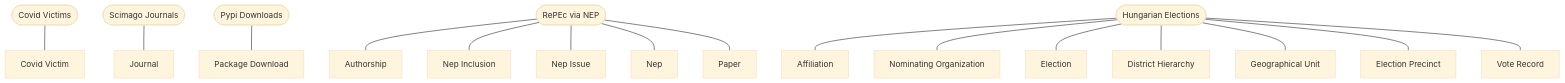
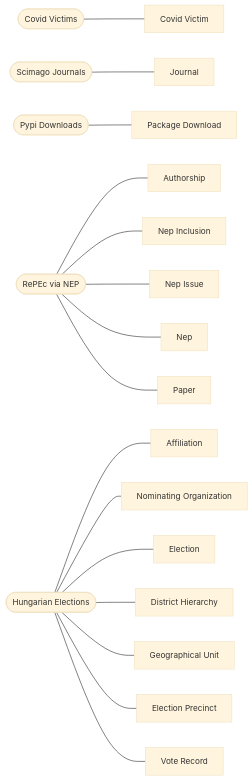
One commit to sscu-budapest/explorer changed the diagram in _sources/mermaid.md. Above: the diagram before and after it, drawn with Mermaid (base theme). The commit also changed 19 other files, not shown here.

````diff
--- a/_sources/mermaid.md
+++ b/_sources/mermaid.md
@@ -1,50 +1,50 @@
 ```{mermaid}
 
-    flowchart TD
+    flowchart LR
         
         covid_victims([Covid Victims]) --- covid_victims_covid_victim[Covid Victim]
         click covid_victims_covid_victim href "https://s3.eu-de.cloud-object-storage.appdomain.cloud/sscub-public-explorer/covid_victims/covid_victim-profile.html" "Profile"
         
         scimago_journals([Scimago Journals]) --- scimago_journals_journal[Journal]
         click scimago_journals_journal href "https://s3.eu-de.cloud-object-storage.appdomain.cloud/sscub-public-explorer/scimago_journals/journal-profile.html" "Profile"
         
         pypi_downloads([Pypi Downloads]) --- pypi_downloads_package_download[Package Download]
         click pypi_downloads_package_download href "https://s3.eu-de.cloud-object-storage.appdomain.cloud/sscub-public-explorer/pypi_downloads/package_download-profile.html" "Profile"
         
         repec_via_nep([RePEc via NEP]) --- repec_via_nep_authorship[Authorship]
         click repec_via_nep_authorship href "https://s3.eu-de.cloud-object-storage.appdomain.cloud/sscub-public-explorer/repec_via_nep/authorship-profile.html" "Profile"
         
         repec_via_nep([RePEc via NEP]) --- repec_via_nep_nep_inclusion[Nep Inclusion]
         click repec_via_nep_nep_inclusion href "https://s3.eu-de.cloud-object-storage.appdomain.cloud/sscub-public-explorer/repec_via_nep/nep_inclusion-profile.html" "Profile"
         
         repec_via_nep([RePEc via NEP]) --- repec_via_nep_nep_issue[Nep Issue]
         click repec_via_nep_nep_issue href "https://s3.eu-de.cloud-object-storage.appdomain.cloud/sscub-public-explorer/repec_via_nep/nep_issue-profile.html" "Profile"
         
         repec_via_nep([RePEc via NEP]) --- repec_via_nep_nep[Nep]
         click repec_via_nep_nep href "https://s3.eu-de.cloud-object-storage.appdomain.cloud/sscub-public-explorer/repec_via_nep/nep-profile.html" "Profile"
         
         repec_via_nep([RePEc via NEP]) --- repec_via_nep_paper[Paper]
         click repec_via_nep_paper href "https://s3.eu-de.cloud-object-storage.appdomain.cloud/sscub-public-explorer/repec_via_nep/paper-profile.html" "Profile"
         
         hungarian_elections([Hungarian Elections]) --- hungarian_elections_affiliation[Affiliation]
         click hungarian_elections_affiliation href "https://s3.eu-de.cloud-object-storage.appdomain.cloud/sscub-public-explorer/hungarian_elections/affiliation-profile.html" "Profile"
         
         hungarian_elections([Hungarian Elections]) --- hungarian_elections_nominating_organization[Nominating Organization]
         click hungarian_elections_nominating_organization href "https://s3.eu-de.cloud-object-storage.appdomain.cloud/sscub-public-explorer/hungarian_elections/nominating_organization-profile.html" "Profile"
         
         hungarian_elections([Hungarian Elections]) --- hungarian_elections_election[Election]
         click hungarian_elections_election href "https://s3.eu-de.cloud-object-storage.appdomain.cloud/sscub-public-explorer/hungarian_elections/election-profile.html" "Profile"
         
         hungarian_elections([Hungarian Elections]) --- hungarian_elections_district_hierarchy[District Hierarchy]
         click hungarian_elections_district_hierarchy href "https://s3.eu-de.cloud-object-storage.appdomain.cloud/sscub-public-explorer/hungarian_elections/district_hierarchy-profile.html" "Profile"
         
         hungarian_elections([Hungarian Elections]) --- hungarian_elections_geographical_unit[Geographical Unit]
         click hungarian_elections_geographical_unit href "https://s3.eu-de.cloud-object-storage.appdomain.cloud/sscub-public-explorer/hungarian_elections/geographical_unit-profile.html" "Profile"
         
         hungarian_elections([Hungarian Elections]) --- hungarian_elections_election_precinct[Election Precinct]
         click hungarian_elections_election_precinct href "https://s3.eu-de.cloud-object-storage.appdomain.cloud/sscub-public-explorer/hungarian_elections/election_precinct-profile.html" "Profile"
         
         hungarian_elections([Hungarian Elections]) --- hungarian_elections_vote_record[Vote Record]
         click hungarian_elections_vote_record href "https://s3.eu-de.cloud-object-storage.appdomain.cloud/sscub-public-explorer/hungarian_elections/vote_record-profile.html" "Profile"
         
 ```
````
